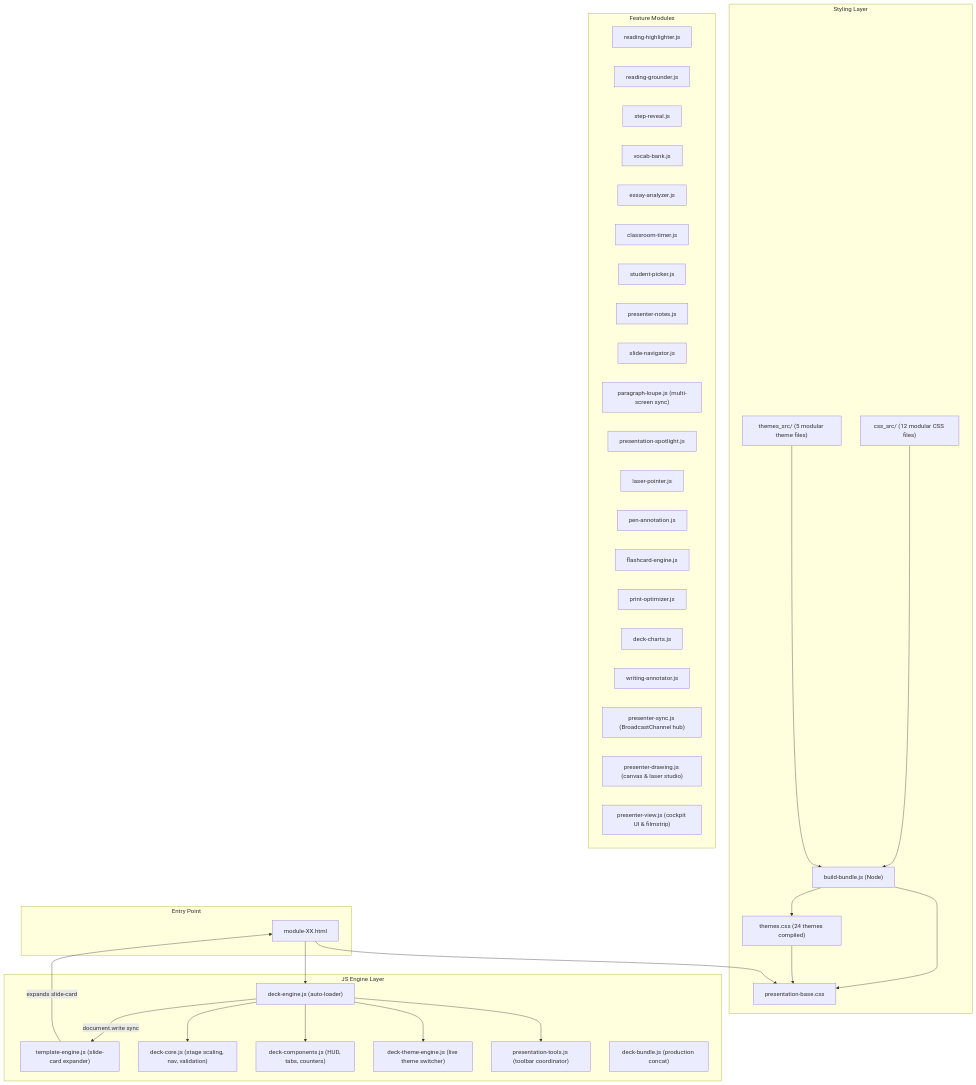
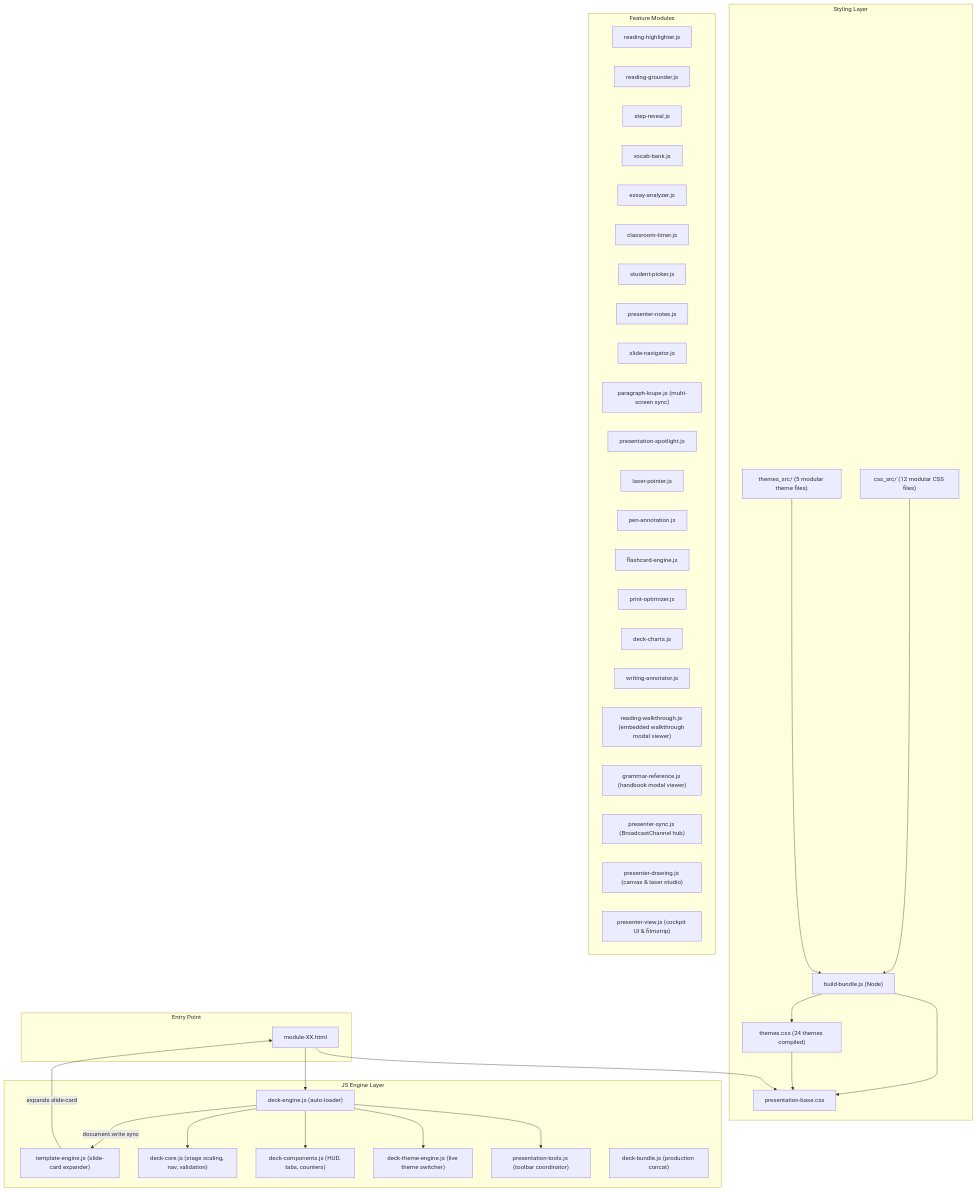
Before and after one commit to NeoTetsuya/Expert-IELTS-lessons: the diagram in .agents/skills/ielts-presentation-authoring/references/architecture_and_rules.md, drawn with Mermaid. The commit also changed other lines of this file and 4 other files, not shown here.

Commit message:
docs: update presentation, reading, and architecture guides with reading walkthrough integration standards

````diff
--- a/.agents/skills/ielts-presentation-authoring/references/architecture_and_rules.md
+++ b/.agents/skills/ielts-presentation-authoring/references/architecture_and_rules.md
@@ -5,59 +5,61 @@
 ```mermaid
 graph TB
     subgraph "Entry Point"
         HTML["module-XX.html"]
     end
 
     subgraph "Styling Layer"
         CSS_SRC["css_src/ (12 modular CSS files)"]
         THEME_SRC["themes_src/ (5 modular theme files)"]
         BUILD["build-bundle.js (Node)"]
         CSS_OUT["presentation-base.css"]
         THEMES["themes.css (24 themes compiled)"]
         CSS_SRC --> BUILD --> CSS_OUT
         THEME_SRC --> BUILD --> THEMES
         THEMES --> CSS_OUT
     end
 
     subgraph "JS Engine Layer"
         LOADER["deck-engine.js (auto-loader)"]
         TMPL["template-engine.js (slide-card expander)"]
         CORE["deck-core.js (stage scaling, nav, validation)"]
         COMP["deck-components.js (HUD, tabs, counters)"]
         THEME_JS["deck-theme-engine.js (live theme switcher)"]
         TOOLS["presentation-tools.js (toolbar coordinator)"]
         BUNDLE["deck-bundle.js (production concat)"]
     end
 
     subgraph "Feature Modules"
         READ_HL["reading-highlighter.js"]
         READ_GR["reading-grounder.js"]
         STEP["step-reveal.js"]
         VOCAB["vocab-bank.js"]
         ESSAY["essay-analyzer.js"]
         TIMER["classroom-timer.js"]
         PICKER["student-picker.js"]
         NOTES["presenter-notes.js"]
         NAV["slide-navigator.js"]
         LOUPE["paragraph-loupe.js (multi-screen sync)"]
         SPOT["presentation-spotlight.js"]
         LASER["laser-pointer.js"]
         PEN["pen-annotation.js"]
         FLASH["flashcard-engine.js"]
         PRINT["print-optimizer.js"]
         CHARTS["deck-charts.js"]
         WRITE["writing-annotator.js"]
+        WT["reading-walkthrough.js (embedded walkthrough modal viewer)"]
+        GRAMMAR_REF["grammar-reference.js (handbook modal viewer)"]
         PSYNC["presenter-sync.js (BroadcastChannel hub)"]
         PDRAW["presenter-drawing.js (canvas & laser studio)"]
         PVIEW["presenter-view.js (cockpit UI & filmstrip)"]
     end
 
     HTML --> CSS_OUT
     HTML --> LOADER
     LOADER -->|"document.write sync"| TMPL
     LOADER --> CORE
     LOADER --> COMP
     LOADER --> THEME_JS
     LOADER --> TOOLS
     TMPL -->|"expands slide-card"| HTML
 ```
````
